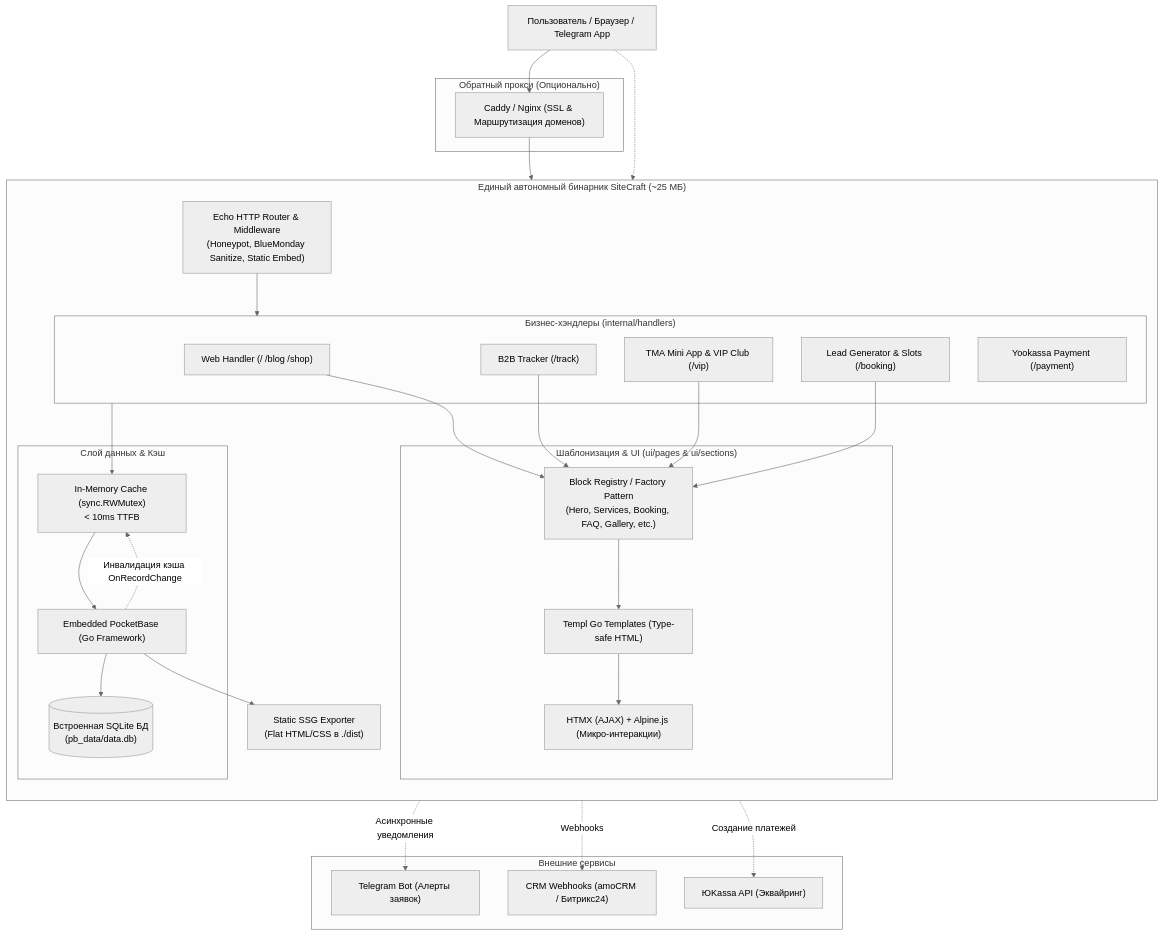
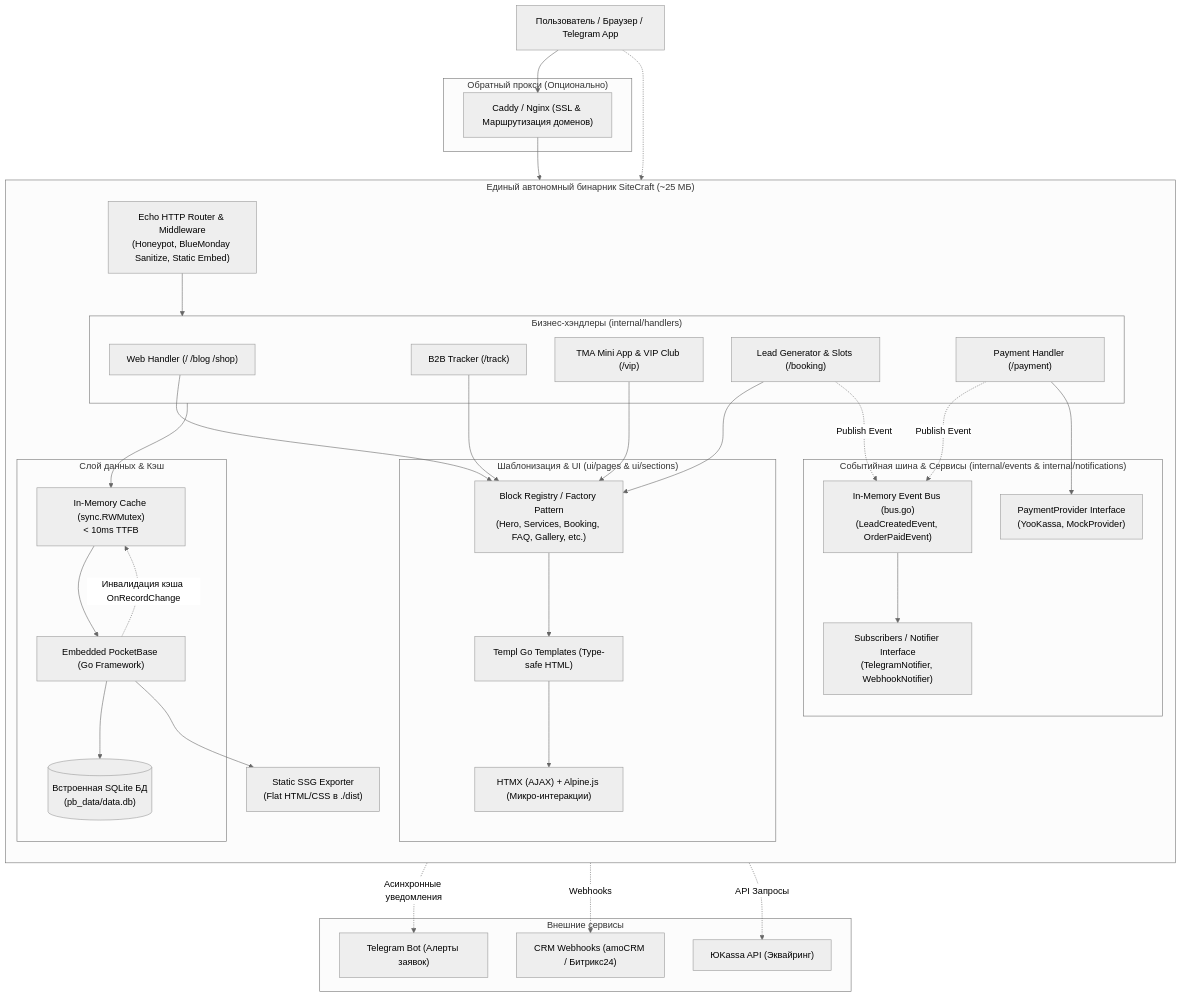
Before and after one commit to Zer02L/SiteCraft: the first of 2 diagrams in README.md, drawn with Mermaid (neutral theme). The commit also changed other lines of this file and 82 other files, not shown here.

Commit message:
docs(readme): document Event Bus, Notifier pattern and updated engine architecture

````diff
--- a/README.md
+++ b/README.md
@@ -41,62 +41,73 @@
 ```mermaid
 flowchart TD
     Client["Пользователь / Браузер / Telegram App"]
     
     subgraph ReverseProxy["Обратный прокси (Опционально)"]
         Caddy["Caddy / Nginx (SSL & Маршрутизация доменов)"]
     end
 
     subgraph Binary["Единый автономный бинарник SiteCraft (~25 МБ)"]
         direction TB
         
         Router["Echo HTTP Router & Middleware\n(Honeypot, BlueMonday Sanitize, Static Embed)"]
         
         subgraph BusinessHandlers["Бизнес-хэндлеры (internal/handlers)"]
             H_Web["Web Handler (/ /blog /shop)"]
             H_Track["B2B Tracker (/track)"]
             H_TMA["TMA Mini App & VIP Club (/vip)"]
             H_Lead["Lead Generator & Slots (/booking)"]
-            H_Pay["Yookassa Payment (/payment)"]
+            H_Pay["Payment Handler (/payment)"]
         end
         
+        subgraph EventBusLayer["Событийная шина & Сервисы (internal/events & internal/notifications)"]
+            EBus["In-Memory Event Bus (bus.go)\n(LeadCreatedEvent, OrderPaidEvent)"]
+            Subscribers["Subscribers / Notifier Interface\n(TelegramNotifier, WebhookNotifier)"]
+            PayGateway["PaymentProvider Interface\n(YooKassa, MockProvider)"]
+        end
+
         subgraph RenderingLayer["Шаблонизация & UI (ui/pages & ui/sections)"]
             Registry["Block Registry / Factory Pattern\n(Hero, Services, Booking, FAQ, Gallery, etc.)"]
             Templ["Templ Go Templates (Type-safe HTML)"]
             ClientLibs["HTMX (AJAX) + Alpine.js (Микро-интеракции)"]
         end
 
         subgraph CoreData["Слой данных & Кэш"]
             Cache["In-Memory Cache (sync.RWMutex)\n< 10ms TTFB"]
             PB["Embedded PocketBase (Go Framework)"]
             SQLite[("Встроенная SQLite БД\n(pb_data/data.db)")]
         end
 
         SSG["Static SSG Exporter\n(Flat HTML/CSS в ./dist)"]
     end
 
     subgraph ExternalServices["Внешние сервисы"]
         TG["Telegram Bot (Алерты заявок)"]
         CRM["CRM Webhooks (amoCRM / Битрикс24)"]
         Yoo["ЮKassa API (Эквайринг)"]
     end
 
     Client --> Caddy
     Caddy --> Router
     Client -.-> Router
 
     Router --> BusinessHandlers
     H_Web & H_Track & H_TMA & H_Lead --> Registry
     Registry --> Templ
     Templ --> ClientLibs
 
+    H_Lead -.->|Publish Event| EBus
+    H_Pay -.->|Publish Event| EBus
+    EBus --> Subscribers
+    H_Pay --> PayGateway
+
     BusinessHandlers --> Cache
     Cache --> PB
     PB --> SQLite
     PB -.->|Инвалидация кэша OnRecordChange| Cache
 
-    H_Lead -.->|Асинхронные уведомления| TG
-    H_Lead -.->|Webhooks| CRM
-    H_Pay -.->|Создание платежей| Yoo
+    Subscribers -.->|Асинхронные уведомления| TG
+    Subscribers -.->|Webhooks| CRM
+    PayGateway -.->|API Запросы| Yoo
     
     PB --> SSG
 ```
````
